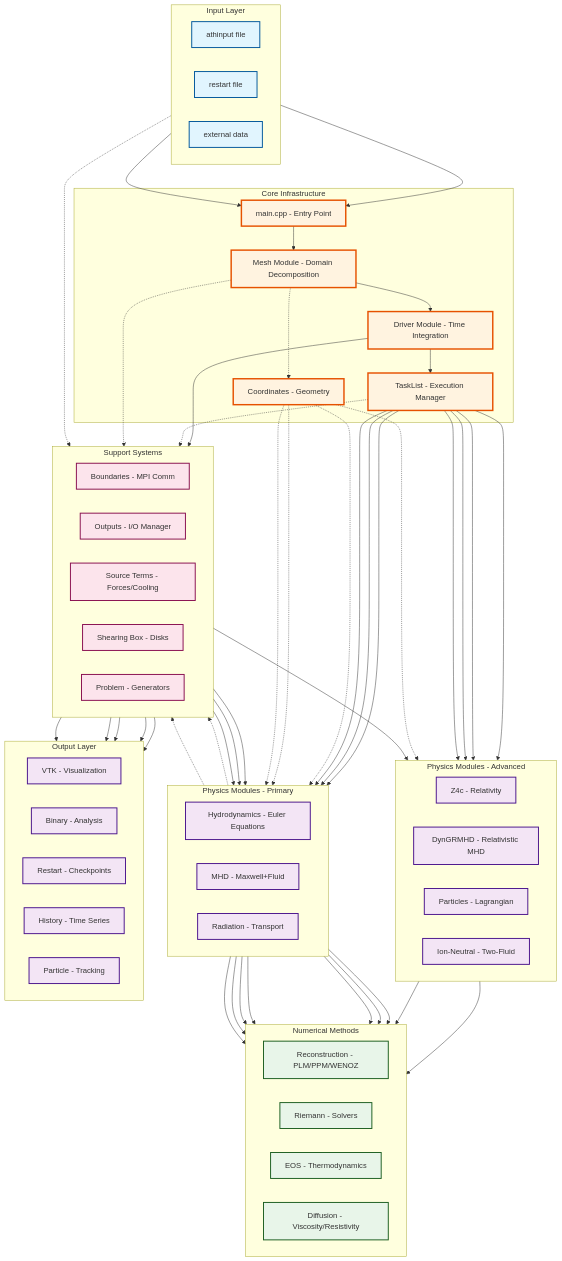
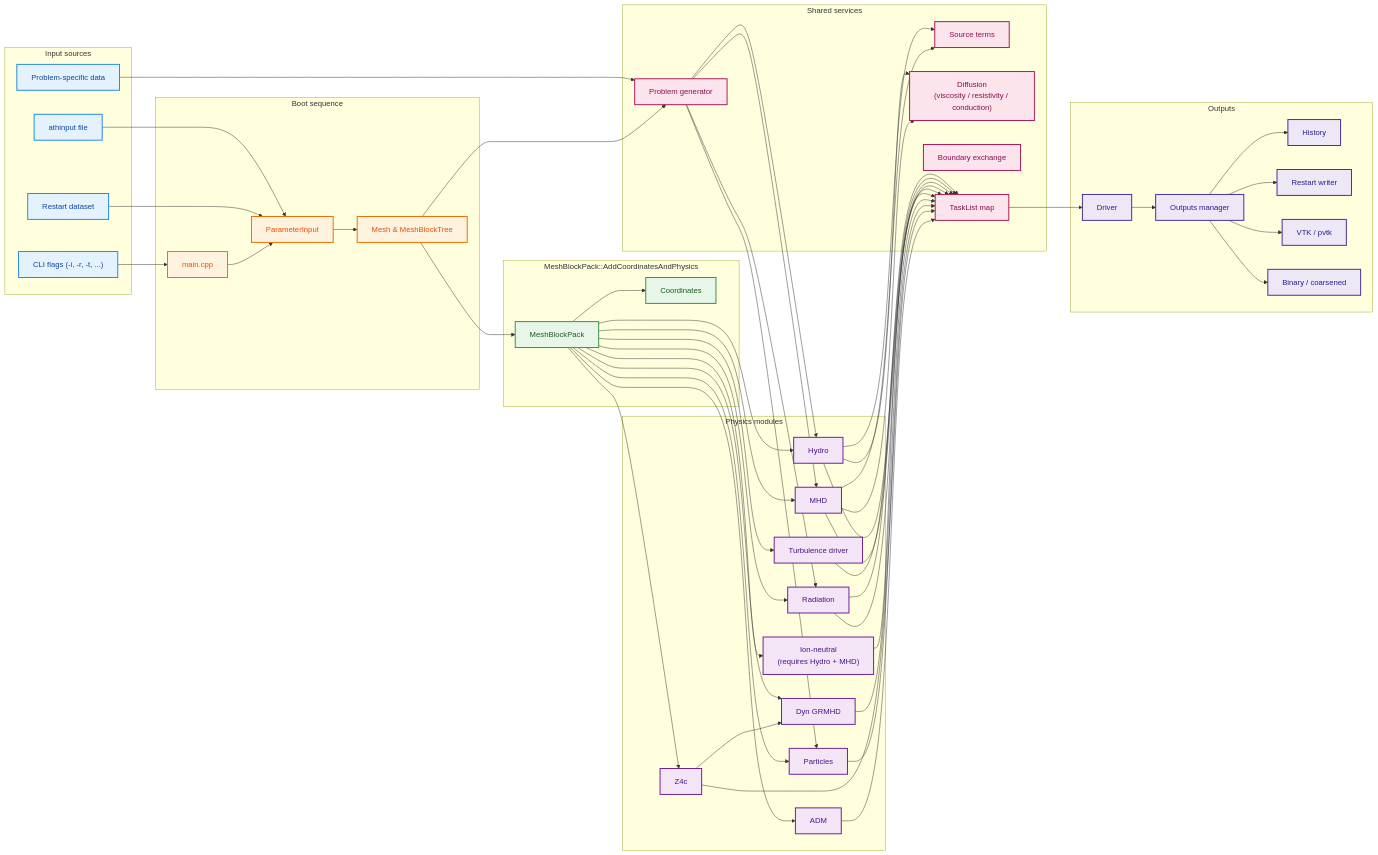
The first of 3 diagrams in docs/source/flowcharts/system_architecture.md (dfielding14/athenak), drawn with Mermaid before and after one commit. The commit also changed other lines of this file and 11 other files, not shown here.

Commit message:
docs: refresh flowcharts and supporting assets

````diff
--- a/docs/source/flowcharts/system_architecture.md
+++ b/docs/source/flowcharts/system_architecture.md
@@ -5,146 +7,129 @@
 ```{mermaid}
-flowchart TD
-    subgraph INPUT[Input Layer]
-        direction LR
-        ATHINPUT[athinput file]
-        RESTART[restart file]
-        EXTDATA[external data]
+flowchart LR
+    classDef input fill:#e3f2fd,stroke:#1e88e5,stroke-width:2px,color:#0d47a1;
+    classDef boot fill:#fff3e0,stroke:#ef6c00,stroke-width:2px,color:#e65100;
+    classDef pack fill:#e8f5e9,stroke:#388e3c,stroke-width:2px,color:#1b5e20;
+    classDef physics fill:#f3e5f5,stroke:#6a1b9a,stroke-width:2px,color:#4a148c;
+    classDef support fill:#fce4ec,stroke:#ad1457,stroke-width:2px,color:#880e4f;
+    classDef output fill:#ede7f6,stroke:#4527a0,stroke-width:2px,color:#311b92;
+
+    subgraph INPUT["Input sources"]
+        CLI["CLI flags (-i, -r, -t, ...)"]
+        ATHINPUT["athinput file"]
+        RESTART["Restart dataset"]
+        XDATA["Problem-specific data"]
     end
+    class CLI,ATHINPUT,RESTART,XDATA input
 
-    subgraph CORE[Core Infrastructure]
-        MAIN[main.cpp - Entry Point]
-        MESH[Mesh Module - Domain Decomposition]
-        DRIVER[Driver Module - Time Integration]
-        TASKS[TaskList - Execution Manager]
-        COORDS[Coordinates - Geometry]
+    subgraph BOOT["Boot sequence"]
+        MAIN["main.cpp"]
+        PARAMS["ParameterInput"]
+        MESH["Mesh & MeshBlockTree"]
     end
+    class MAIN,PARAMS,MESH boot
 
-    subgraph PHYSICS1[Physics Modules - Primary]
-        direction LR
-        HYDRO[Hydrodynamics - Euler Equations]
-        MHD[MHD - Maxwell+Fluid]
-        RAD[Radiation - Transport]
+    subgraph PACKLAYER["MeshBlockPack::AddCoordinatesAndPhysics"]
+        COORDS["Coordinates"]
+        PACK["MeshBlockPack"]
     end
+    class PACK,COORDS pack
 
-    subgraph PHYSICS2[Physics Modules - Advanced]
-        direction LR
-        Z4C[Z4c - Relativity]
-        GRMHD[DynGRMHD - Relativistic MHD]
-        PARTICLES[Particles - Lagrangian]
-        IONNEUTRAL[Ion-Neutral - Two-Fluid]
+    subgraph PHYS["Physics modules"]
+        HYDRO["Hydro"]
+        MHD["MHD"]
+        ION["Ion-neutral\n(requires Hydro + MHD)"]
+        RAD["Radiation"]
+        Z4C["Z4c"]
+        ADM["ADM"]
+        GRMHD["Dyn GRMHD"]
+        PARTICLES["Particles"]
+        TURB["Turbulence driver"]
     end
+    class HYDRO,MHD,ION,RAD,Z4C,ADM,GRMHD,PARTICLES,TURB physics
 
-    subgraph NUMERICAL[Numerical Methods]
-        direction LR
-        RECON[Reconstruction - PLM/PPM/WENOZ]
-        RIEMANN[Riemann - Solvers]
-        EOS[EOS - Thermodynamics]
-        DIFF[Diffusion - Viscosity/Resistivity]
+    subgraph SUPPORTS["Shared services"]
+        SRCTERMS["Source terms"]
+        DIFF["Diffusion\n(viscosity / resistivity / conduction)"]
+        BVALS["Boundary exchange"]
+        TASKS["TaskList map"]
+        PGEN["Problem generator"]
     end
+    class SRCTERMS,DIFF,BVALS,TASKS,PGEN support
 
-    subgraph SUPPORT[Support Systems]
-        direction LR
-        BVALS[Boundaries - MPI Comm]
-        OUTPUTS[Outputs - I/O Manager]
-        SRCTERMS[Source Terms - Forces/Cooling]
-        SHEARBOX[Shearing Box - Disks]
-        PGEN[Problem - Generators]
+    subgraph OUTPUTLAYER["Outputs"]
+        DRIVER["Driver"]
+        OUTPUTS["Outputs manager"]
+        HIST["History"]
+        RST["Restart writer"]
+        VTK["VTK / pvtk"]
+        BIN["Binary / coarsened"]
     end
+    class DRIVER,OUTPUTS,HIST,RST,VTK,BIN output
 
-    subgraph OUTPUT[Output Layer]
-        direction LR
-        VTK[VTK - Visualization]
-        BIN[Binary - Analysis]
-        RST[Restart - Checkpoints]
-        HST[History - Time Series]
-        PART[Particle - Tracking]
-    end
+    CLI --> MAIN
+    ATHINPUT --> PARAMS
+    RESTART --> PARAMS
+    XDATA --> PGEN
 
-    %% Core pipeline
-    ATHINPUT --> MAIN
-    RESTART --> MAIN
-    MAIN --> MESH
-    MESH --> DRIVER
-    DRIVER --> TASKS
-    DRIVER --> OUTPUTS
+    MAIN --> PARAMS
+    PARAMS --> MESH
+    MESH --> PACK
 
-    %% Physics execution via task lists
-    TASKS --> HYDRO
-    TASKS --> MHD
-    TASKS --> RAD
-    TASKS --> Z4C
-    TASKS --> GRMHD
-    TASKS --> PARTICLES
-    TASKS --> IONNEUTRAL
+    PACK --> COORDS
+    PACK --> HYDRO
+    PACK --> MHD
+    PACK --> ION
+    PACK --> RAD
+    PACK --> Z4C
+    PACK --> ADM
+    PACK --> GRMHD
+    PACK --> PARTICLES
+    PACK --> TURB
 
-    HYDRO --> RECON
-    HYDRO --> RIEMANN
-    HYDRO --> EOS
-    MHD --> RECON
-    MHD --> RIEMANN
+    HYDRO --> SRCTERMS
+    HYDRO --> DIFF
+    MHD --> SRCTERMS
     MHD --> DIFF
-    RAD --> EOS
-    GRMHD --> RECON
-    GRMHD --> RIEMANN
+    RAD --> TASKS
+    TURB --> TASKS
+    Z4C --> GRMHD
 
-    %% Support interactions
-    MESH -.-> COORDS
-    COORDS -.-> HYDRO
-    COORDS -.-> MHD
-    COORDS -.-> RAD
-    COORDS -.-> GRMHD
-
-    TASKS -.-> BVALS
-    MHD -.-> SRCTERMS
-    MHD -.-> SHEARBOX
-    MESH -.-> PGEN
-    EXTDATA -.-> PGEN
+    MESH --> PGEN
     PGEN --> HYDRO
     PGEN --> MHD
     PGEN --> RAD
     PGEN --> PARTICLES
 
+    HYDRO --> TASKS
+    MHD --> TASKS
+    ION --> TASKS
+    RAD --> TASKS
+    GRMHD --> TASKS
+    PARTICLES --> TASKS
+    Z4C --> TASKS
+    ADM --> TASKS
+
+    TASKS --> DRIVER
+    DRIVER --> OUTPUTS
+    OUTPUTS --> HIST
+    OUTPUTS --> RST
     OUTPUTS --> VTK
     OUTPUTS --> BIN
-    OUTPUTS --> RST
-    OUTPUTS --> HST
-    OUTPUTS --> PART
 
-    %% Click handlers
-    click MESH "../modules/mesh.html"
-    click DRIVER "../modules/driver.html"
-    click TASKS "../modules/tasklist.html"
-    click COORDS "../modules/coordinates.html"
-    click HYDRO "../modules/hydro.html"
-    click MHD "../modules/mhd.html"
-    click RAD "../modules/radiation.html"
-    click Z4C "../modules/z4c.html"
-    click GRMHD "../modules/dyn_grmhd.html"
-    click PARTICLES "../modules/particles.html"
-    click IONNEUTRAL "../modules/ion_neutral.html"
-    click RECON "../modules/reconstruction.html"
-    click RIEMANN "../modules/riemann_solvers.html"
-    click EOS "../modules/eos.html"
-    click DIFF "../modules/diffusion.html"
-    click BVALS "../modules/boundaries.html"
-    click OUTPUTS "../modules/outputs.html"
-    click SRCTERMS "../modules/srcterms.html"
-    click SHEARBOX "../modules/shearing_box.html"
-    click PGEN "../modules/pgen.html"
-
-    %% Styling
-    classDef input fill:#e1f5fe,stroke:#01579b,stroke-width:2px
-    classDef core fill:#fff3e0,stroke:#e65100,stroke-width:3px
-    classDef physics fill:#f3e5f5,stroke:#4a148c,stroke-width:2px
-    classDef numerical fill:#e8f5e9,stroke:#1b5e20,stroke-width:2px
-    classDef support fill:#fce4ec,stroke:#880e4f,stroke-width:2px
-    classDef output fill:#f3e5f5,stroke:#4a148c,stroke-width:2px
-
-    class ATHINPUT,RESTART,EXTDATA input
-    class MAIN,MESH,DRIVER,TASKS,COORDS core
-    class HYDRO,MHD,RAD,Z4C,GRMHD,PARTICLES,IONNEUTRAL physics
-    class RECON,RIEMANN,EOS,DIFF numerical
-    class BVALS,OUTPUTS,SRCTERMS,SHEARBOX,PGEN support
-    class VTK,BIN,RST,HST,PART output
-
+    click HYDRO "../modules/hydro.html" "Hydrodynamics module"
+    click MHD "../modules/mhd.html" "MHD module"
+    click ION "../modules/ion_neutral.html" "Ion-neutral driver"
+    click RAD "../modules/radiation.html" "Radiation module"
+    click Z4C "../modules/z4c.html" "Z4c metric"
+    click GRMHD "../modules/dyn_grmhd.html" "Dynamical GRMHD"
+    click PARTICLES "../modules/particles.html" "Particles module"
+    click TURB "../modules/srcterms.html#turbulence-driver" "Turbulence driver"
+    click COORDS "../modules/coordinates.html" "Coordinates system"
+    click TASKS "../modules/tasklist.html" "TaskList system"
+    click SRCTERMS "../modules/srcterms.html" "Source terms overview"
+    click DIFF "../modules/diffusion.html" "Diffusion and resistivity"
+    click BVALS "../modules/boundaries.html" "Boundary exchange"
+    click PGEN "../modules/pgen.html" "Problem generators"
+    click DRIVER "../modules/driver.html" "Driver lifecycle"
+    click OUTPUTS "../modules/outputs.html" "Outputs manager"
 ```
````
